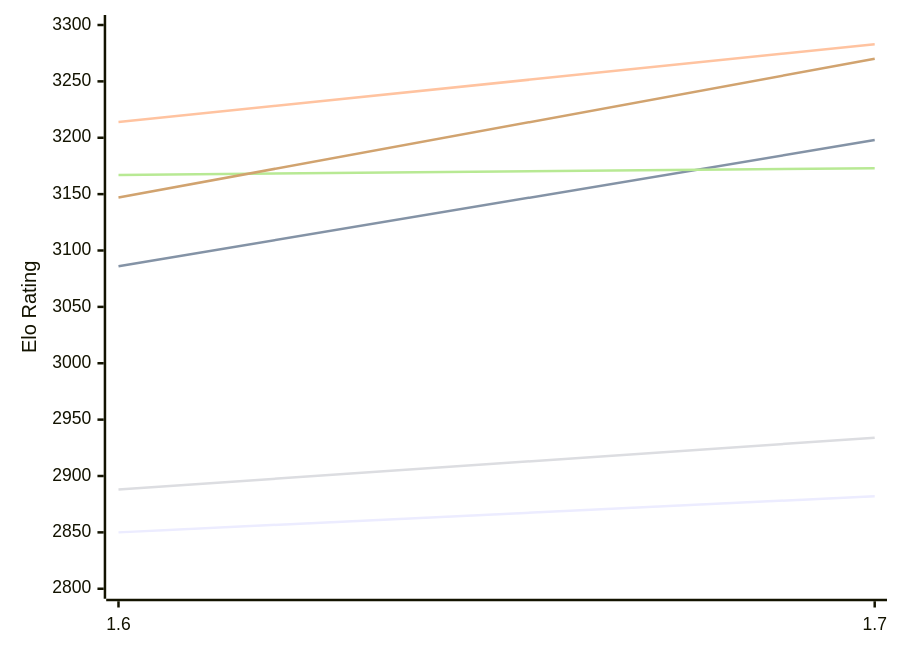
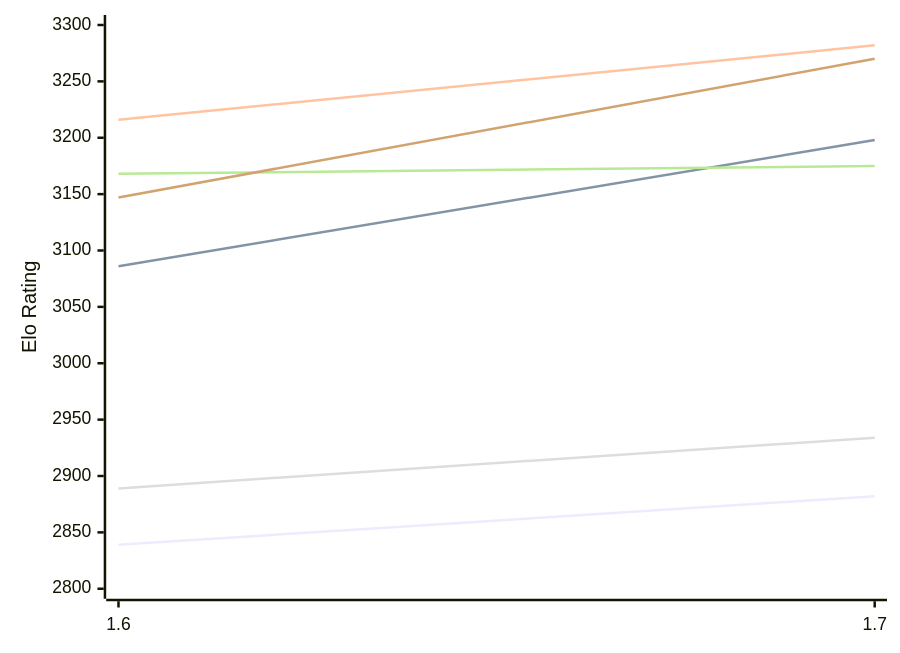
The first of 2 diagrams in engines/Bitbit.md (computer-chess-index/cci), drawn with Mermaid before and after one commit. The commit also changed other lines of this file, not shown here.

Commit message:
Update CCI Ratings (ELO VLTC) - 2026-11-27

````diff
--- a/engines/Bitbit.md
+++ b/engines/Bitbit.md
@@ -50,12 +50,12 @@
 ```mermaid
 %%{init: {"theme":"base","themeVariables":{"seriesColors:['#a3a3a3','#222221','#faa371']}}}%%
 xychart-beta
   x-axis ["1.6", "1.7"]
   y-axis "Elo Rating" 2800 --> 3300
-  line "E1: STC (8.0+0.08s)" [2850, 2882]
+  line "E1: STC (8.0+0.08s)" [2839, 2882]
   line "E1: LTC (60.0+0.60s)" [3086, 3198]
-  line "E1: VLTC (2m24s+1.12s)" [3214, 3283]
-  line "P1: STC (8.0+0.08s)" [2888, 2934]
-  line "P1: LTC (60.0+0.60s)" [3167, 3173]
+  line "E1: VLTC (2m24s+1.12s)" [3216, 3282]
+  line "P1: STC (8.0+0.08s)" [2889, 2934]
+  line "P1: LTC (60.0+0.60s)" [3168, 3175]
   line "P1: VLTC (2m24s+1.12s)" [3147, 3270]
 ```
````
